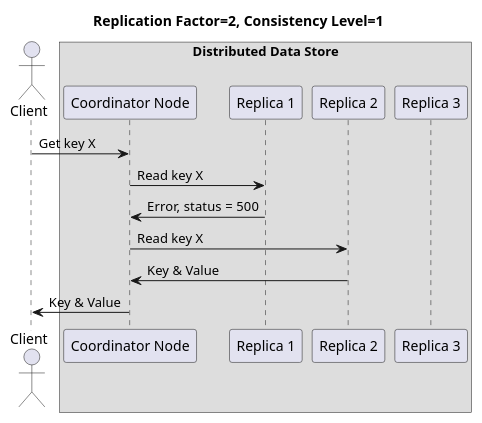
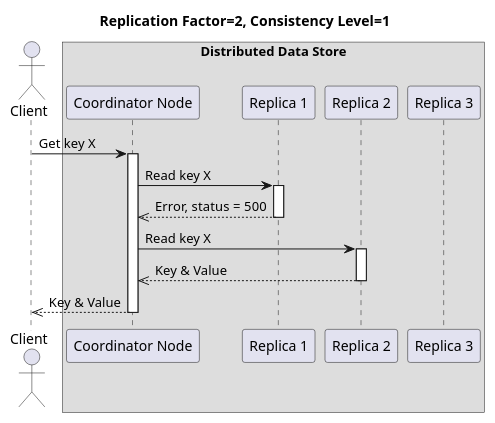
The diagram in diagrams/sequence6.puml (EliriaT/distributed-store), drawn with PlantUML before and after one commit. The commit also changed 17 other files, not shown here.

Commit message:
Update diagrams..

```diff
--- a/diagrams/sequence6.puml
+++ b/diagrams/sequence6.puml
@@ -1,23 +1,28 @@
 @startuml
 
 title Replication Factor=2, Consistency Level=1
 
 actor Client as C
 box "Distributed Data Store"
 participant "Coordinator Node" as CN
 participant "Replica 1" as N1
 participant "Replica 2" as N2
 participant "Replica 3" as N3
 end box
 
 
 C -> CN : Get key X
+activate CN
 CN -> N1 : Read key X
-N1 -> CN : Error, status = 500
+activate N1
+N1 -->> CN : Error, status = 500
+deactivate N1
 
 CN -> N2 : Read key X
-N2 -> CN : Key & Value
-CN -> C : Key & Value
-
+activate N2
+N2 -->> CN : Key & Value
+deactivate N2
+CN -->> C : Key & Value
+deactivate CN
 
 @enduml
```
